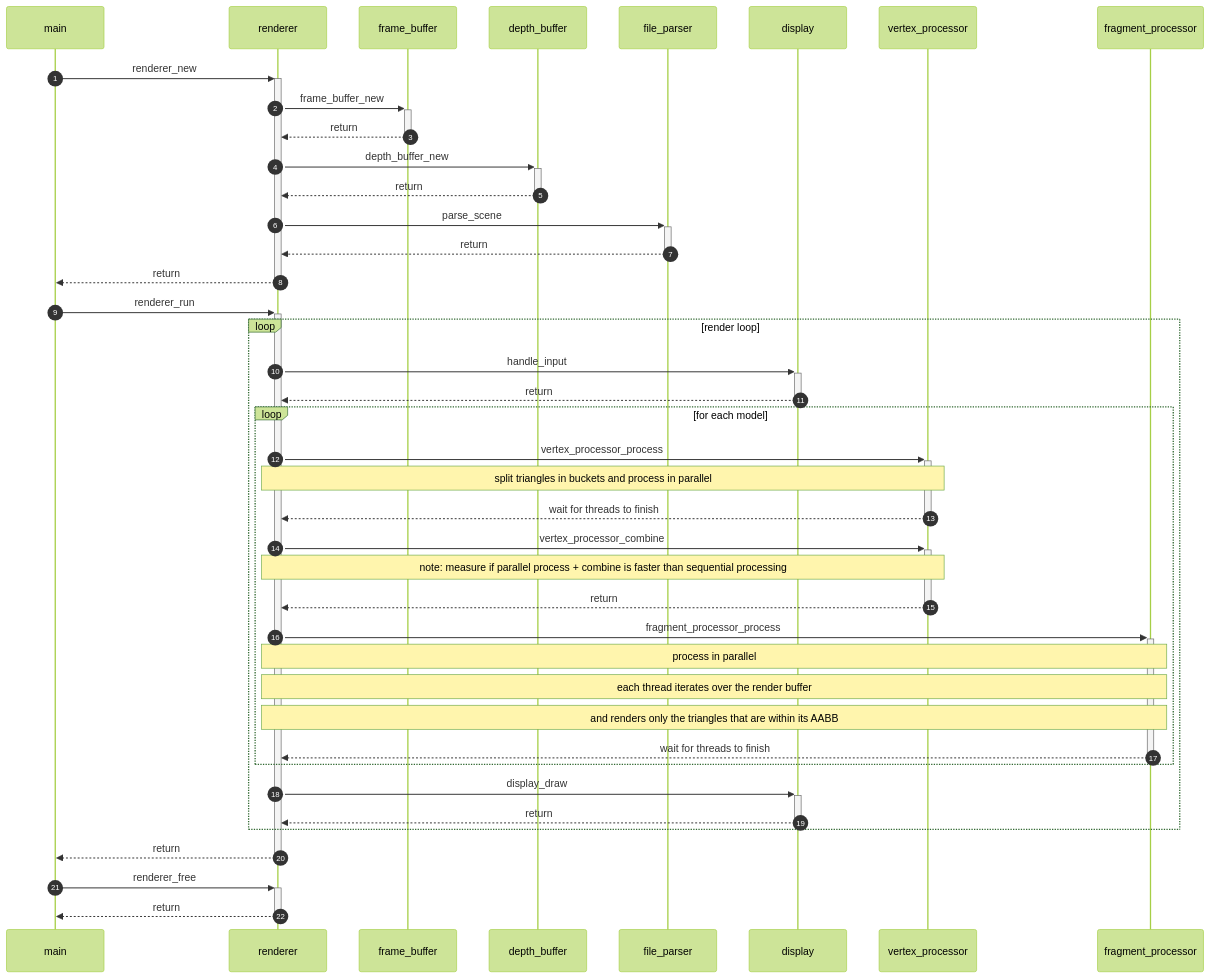
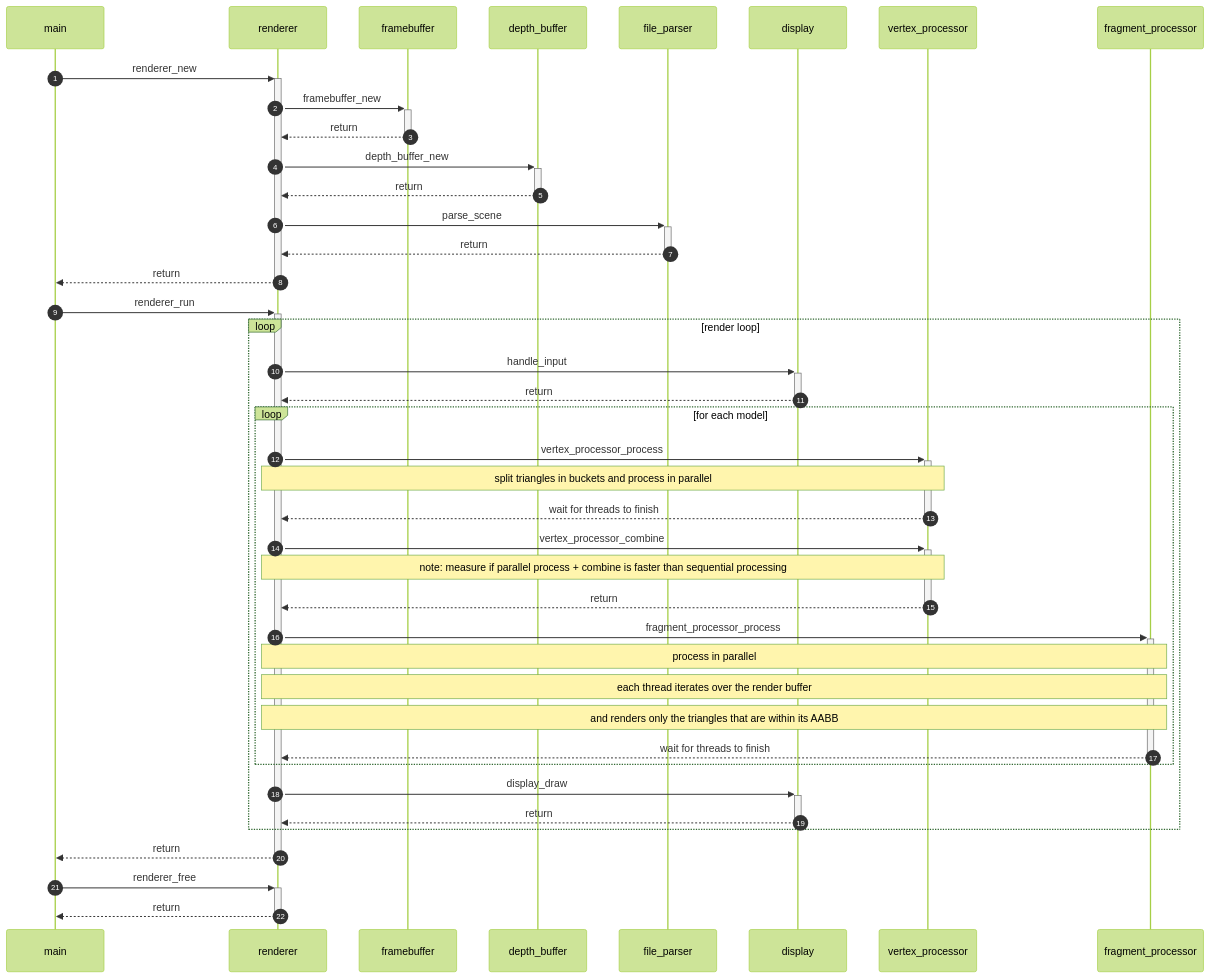
Before and after one commit to marsp0/pbr-software-renderer: the diagram in README.md, drawn with Mermaid. The commit also changed 10 other files, not shown here.

Commit message:
renaming frame_buffer_t to framebuffer_t

````diff
--- a/README.md
+++ b/README.md
@@ -21,53 +21,53 @@
 ``` mermaid
 %%{init: { 'theme':'forest' } }%%
 sequenceDiagram
     autonumber
     main ->>+ renderer: renderer_new
     
-    renderer ->>+ frame_buffer: frame_buffer_new
-    frame_buffer -->>- renderer: return
+    renderer ->>+ framebuffer: framebuffer_new
+    framebuffer -->>- renderer: return
 
     renderer ->>+ depth_buffer: depth_buffer_new
     depth_buffer -->>- renderer: return
 
     renderer ->>+ file_parser: parse_scene 
     file_parser -->>- renderer: return
 
     renderer -->>- main: return
 
     main ->>+ renderer: renderer_run
 
     loop render loop
 
         renderer ->>+ display: handle_input
         display -->>- renderer: return
 
         loop for each model
 
             renderer ->>+ vertex_processor: vertex_processor_process
             note over vertex_processor, renderer: split triangles in buckets and process in parallel
             vertex_processor -->>- renderer: wait for threads to finish
 
             renderer ->>+ vertex_processor: vertex_processor_combine
             note over vertex_processor, renderer: note: measure if parallel process + combine is faster than sequential processing
             vertex_processor -->>- renderer: return
 
             renderer ->>+ fragment_processor: fragment_processor_process
             note over renderer, fragment_processor: process in parallel
             note over renderer, fragment_processor: each thread iterates over the render buffer
             note over renderer, fragment_processor: and renders only the triangles that are within its AABB
             fragment_processor -->>- renderer: wait for threads to finish
 
         end
 
         renderer ->>+ display: display_draw
         display -->>- renderer: return
 
     end
 
     renderer -->>- main: return
 
     main ->>+ renderer: renderer_free
     renderer -->>- main: return
 
 ```
````
